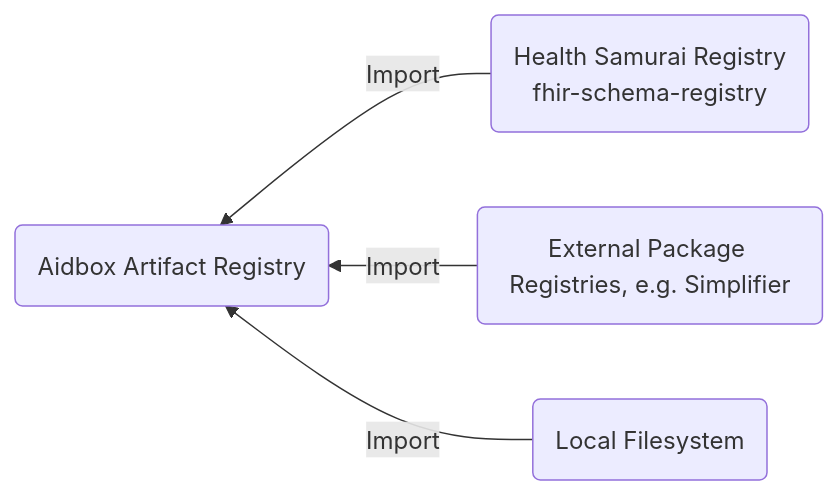
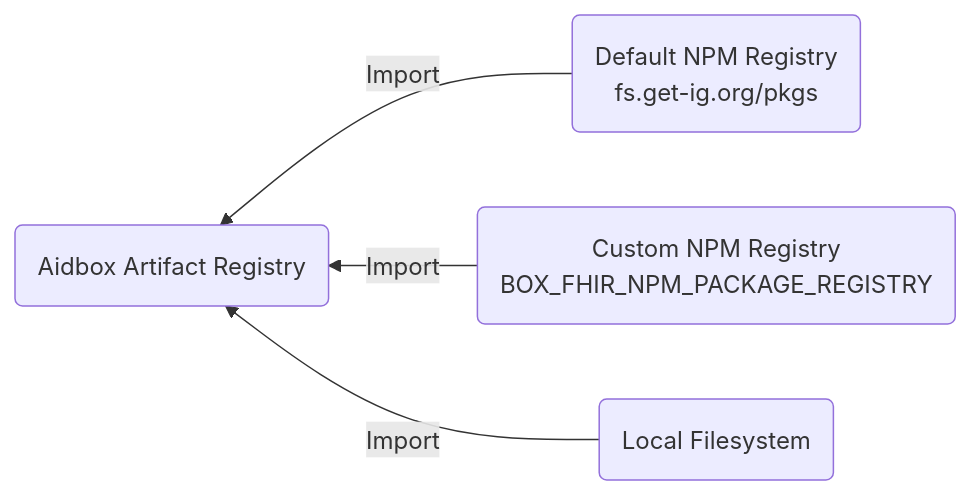
One commit to HealthSamurai/documentation changed the third of 3 diagrams in docs/artifact-registry/artifact-registry-overview.md. Above: the diagram before and after it, drawn with Mermaid. The commit also changed other lines of this file and 1 other file, not shown here.

Commit message:
Update Artifact Registry overview

````diff
--- a/docs/artifact-registry/artifact-registry-overview.md
+++ b/docs/artifact-registry/artifact-registry-overview.md
@@ -98,12 +102,12 @@
 ```mermaid
 flowchart RL
-    A(Health Samurai Registry<br/>fhir-schema-registry):::violet2
-    B(External Package Registries, e.g. Simplifier):::green1
+    A(Default NPM Registry<br/>fs.get-ig.org/pkgs):::violet2
+    B(Custom NPM Registry<br/>BOX_FHIR_NPM_PACKAGE_REGISTRY):::green1
     C(Local Filesystem):::yellow1
-    
+
     E(Aidbox Artifact Registry):::red2
-    
+
     A -->|Import| E
     B -->|Import| E
     C -->|Import| E
 ```
````
